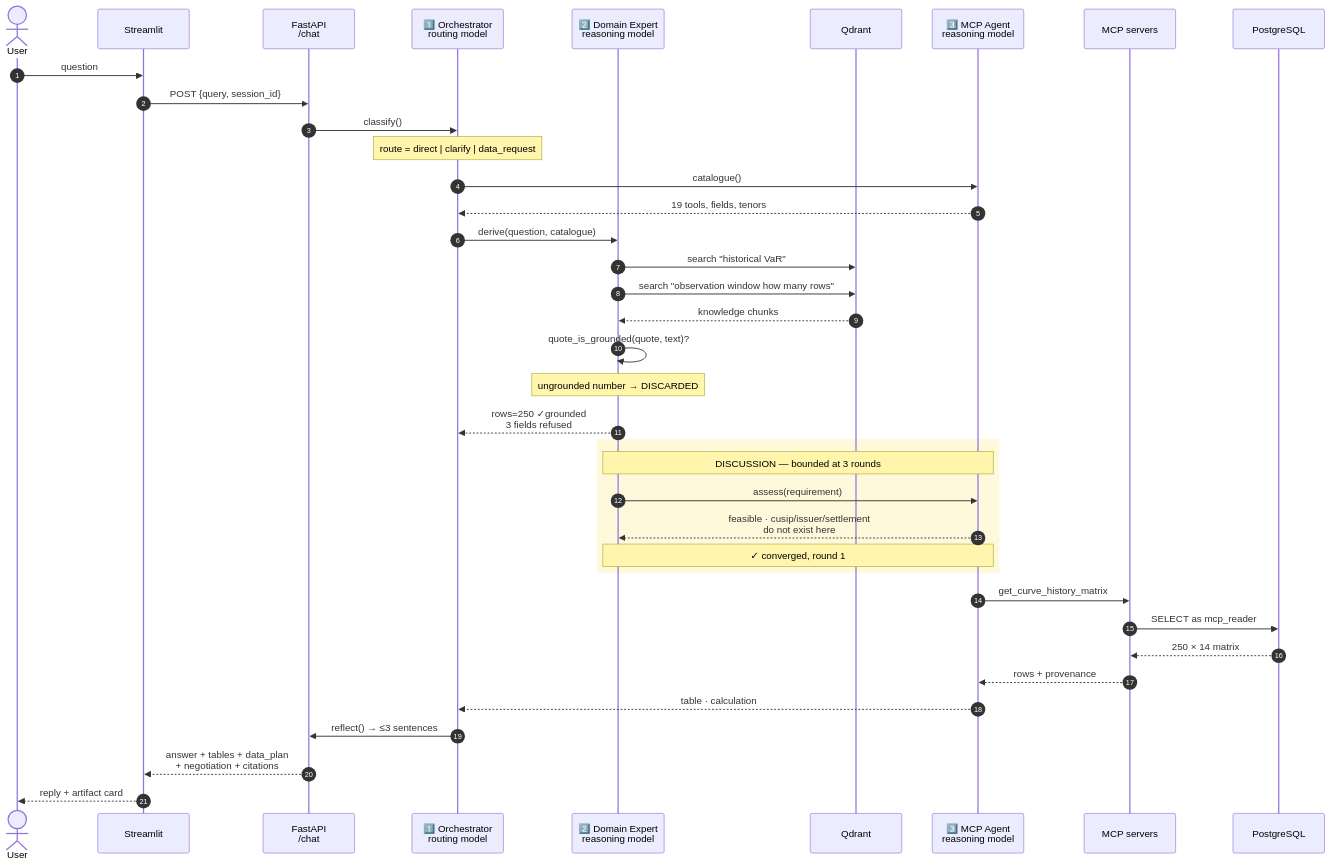
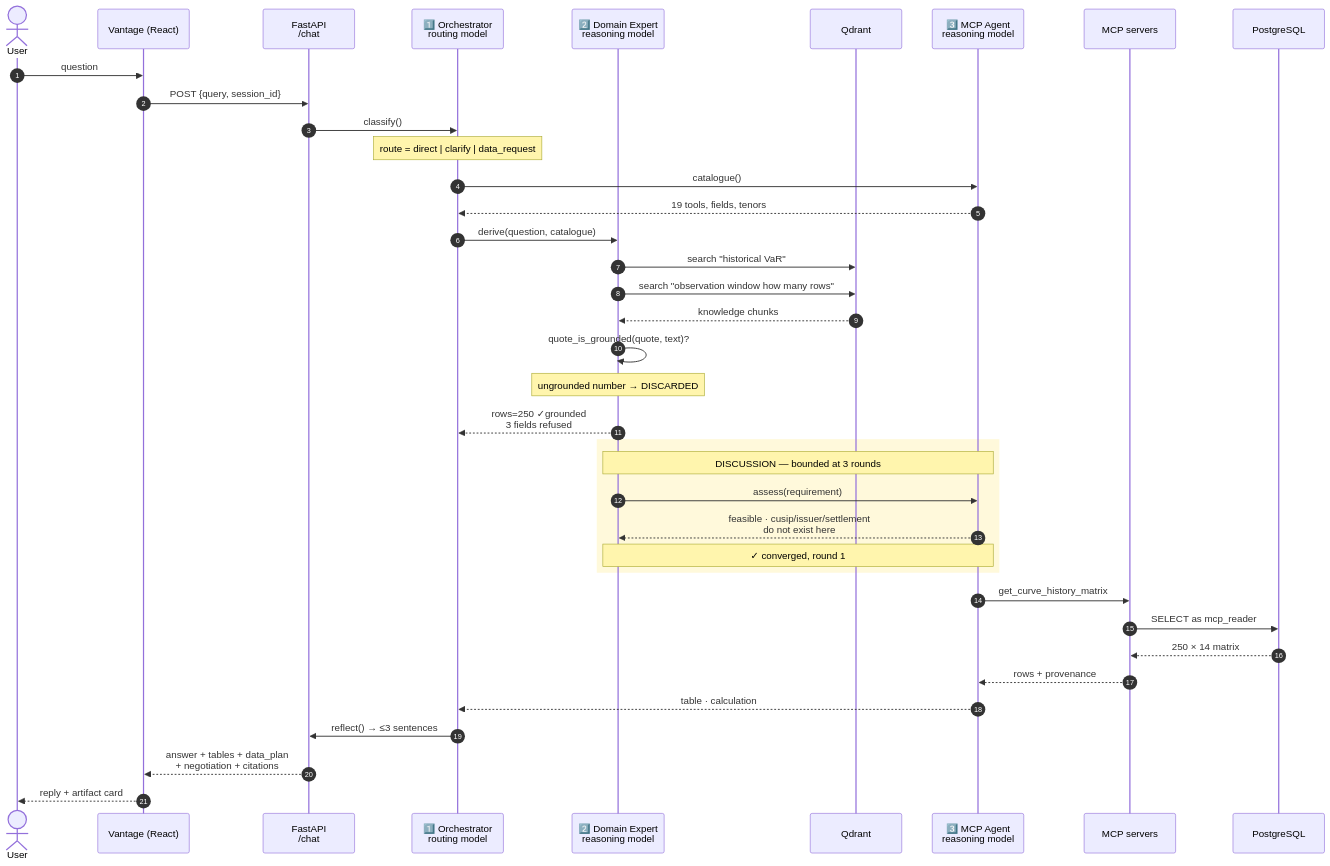
Before and after one commit to KrishnaAnnavaram/semantic-mcp-data-access-gateway: the second of 10 diagrams in README.md, drawn with Mermaid. The commit also changed other lines of this file and 11 other files, not shown here.

````diff
--- a/README.md
+++ b/README.md
@@ -134,47 +134,47 @@
 ```mermaid
 sequenceDiagram
     autonumber
     actor User
-    participant UI as Streamlit
+    participant UI as Vantage (React)
     participant API as FastAPI<br/>/chat
     participant ORC as 1️⃣ Orchestrator<br/>routing model
     participant DOM as 2️⃣ Domain Expert<br/>reasoning model
     participant QD as Qdrant
     participant MCP as 3️⃣ MCP Agent<br/>reasoning model
     participant SRV as MCP servers
     participant PG as PostgreSQL
 
     User->>UI: question
     UI->>API: POST {query, session_id}
     API->>ORC: classify()
 
     Note over ORC: route = direct | clarify | data_request
 
     ORC->>MCP: catalogue()
     MCP-->>ORC: 19 tools, fields, tenors
 
     ORC->>DOM: derive(question, catalogue)
     DOM->>QD: search "historical VaR"
     DOM->>QD: search "observation window how many rows"
     QD-->>DOM: knowledge chunks
     DOM->>DOM: quote_is_grounded(quote, text)?
     Note over DOM: ungrounded number → DISCARDED
     DOM-->>ORC: rows=250 ✓grounded<br/>3 fields refused
 
     rect rgb(255, 249, 219)
     Note over DOM,MCP: DISCUSSION — bounded at 3 rounds
     DOM->>MCP: assess(requirement)
     MCP-->>DOM: feasible · cusip/issuer/settlement<br/>do not exist here
     Note over DOM,MCP: ✓ converged, round 1
     end
 
     MCP->>SRV: get_curve_history_matrix
     SRV->>PG: SELECT as mcp_reader
     PG-->>SRV: 250 × 14 matrix
     SRV-->>MCP: rows + provenance
     MCP-->>ORC: table · calculation
 
     ORC->>API: reflect() → ≤3 sentences
     API-->>UI: answer + tables + data_plan<br/>+ negotiation + citations
     UI-->>User: reply + artifact card
 ```
````
